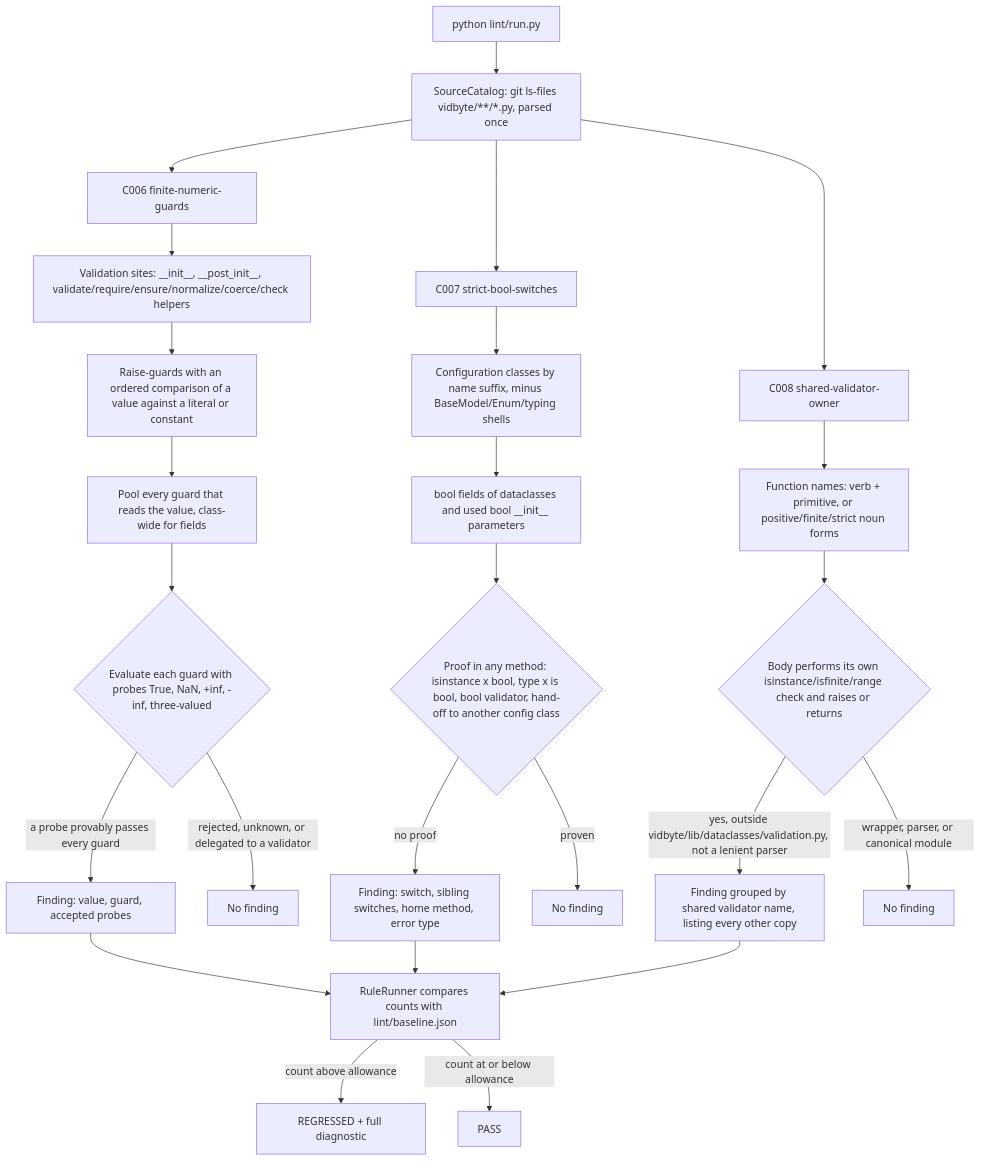
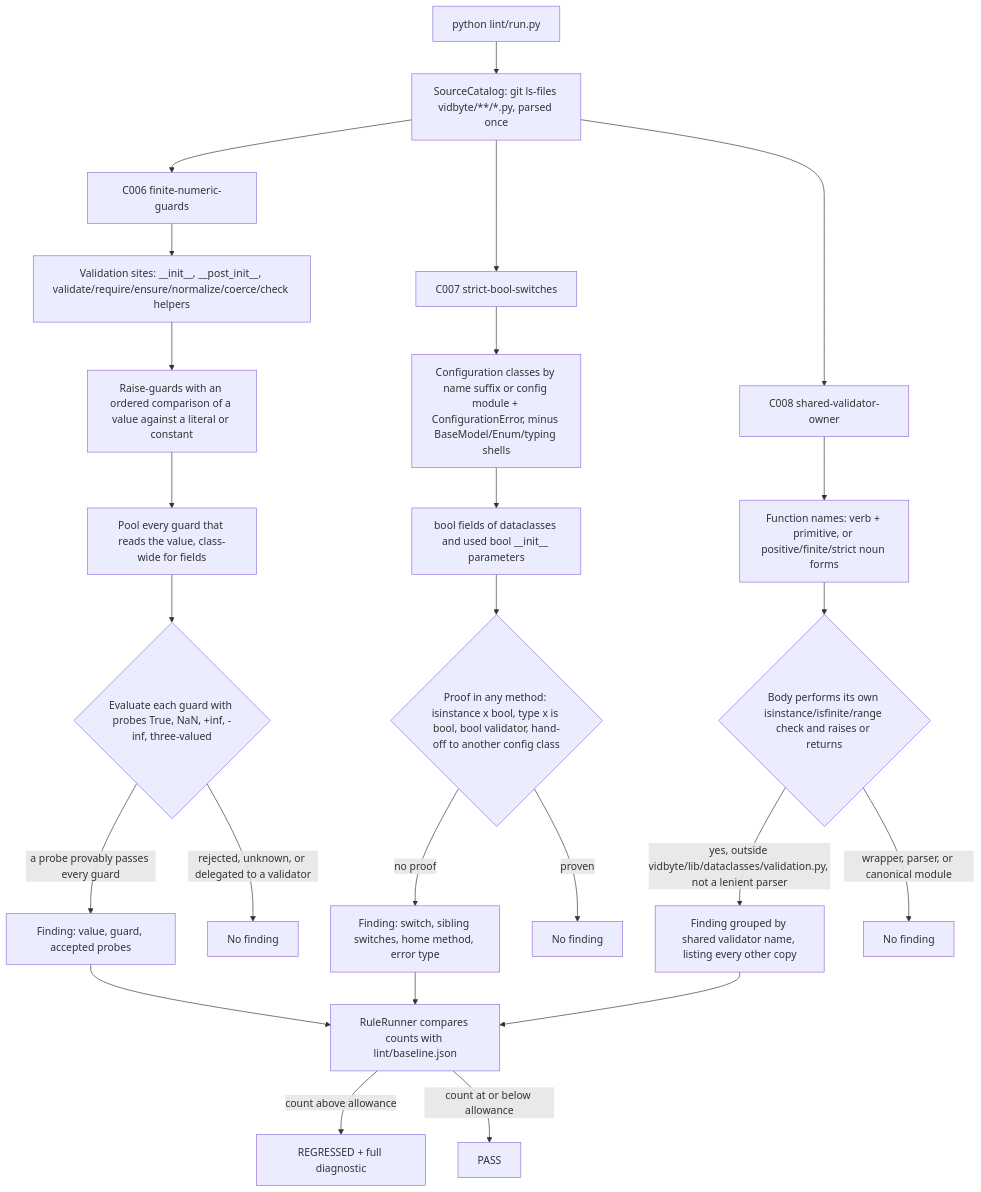
The diagram in docs/design/lint-sdk-settings-validation.md (cerredz/Vidbyte-SDK), drawn with Mermaid before and after one commit. The commit also changed other lines of this file and 2 other files, not shown here.

First line of the commit message:
fix(lint): cover configuration classes in config modules for C007

````diff
--- a/docs/design/lint-sdk-settings-validation.md
+++ b/docs/design/lint-sdk-settings-validation.md
@@ -19,31 +19,31 @@
 ```mermaid
 flowchart TD
     A[python lint/run.py] --> B[SourceCatalog: git ls-files vidbyte/**/*.py, parsed once]
     B --> C006[C006 finite-numeric-guards]
     B --> C007[C007 strict-bool-switches]
     B --> C008[C008 shared-validator-owner]
 
     C006 --> S1[Validation sites: __init__, __post_init__, validate/require/ensure/normalize/coerce/check helpers]
     S1 --> S2[Raise-guards with an ordered comparison of a value against a literal or constant]
     S2 --> S3[Pool every guard that reads the value, class-wide for fields]
     S3 --> S4{Evaluate each guard with probes True, NaN, +inf, -inf, three-valued}
     S4 -->|a probe provably passes every guard| F6[Finding: value, guard, accepted probes]
     S4 -->|rejected, unknown, or delegated to a validator| OK6[No finding]
 
-    C007 --> T1[Configuration classes by name suffix, minus BaseModel/Enum/typing shells]
+    C007 --> T1[Configuration classes by name suffix or config module + ConfigurationError, minus BaseModel/Enum/typing shells]
     T1 --> T2[bool fields of dataclasses and used bool __init__ parameters]
     T2 --> T3{Proof in any method: isinstance x bool, type x is bool, bool validator, hand-off to another config class}
     T3 -->|no proof| F7[Finding: switch, sibling switches, home method, error type]
     T3 -->|proven| OK7[No finding]
 
     C008 --> U1[Function names: verb + primitive, or positive/finite/strict noun forms]
     U1 --> U2{Body performs its own isinstance/isfinite/range check and raises or returns}
     U2 -->|yes, outside vidbyte/lib/dataclasses/validation.py, not a lenient parser| F8[Finding grouped by shared validator name, listing every other copy]
     U2 -->|wrapper, parser, or canonical module| OK8[No finding]
 
     F6 --> R[RuleRunner compares counts with lint/baseline.json]
     F7 --> R
     F8 --> R
     R -->|count above allowance| X[REGRESSED + full diagnostic]
     R -->|count at or below allowance| P[PASS]
 ```
````
